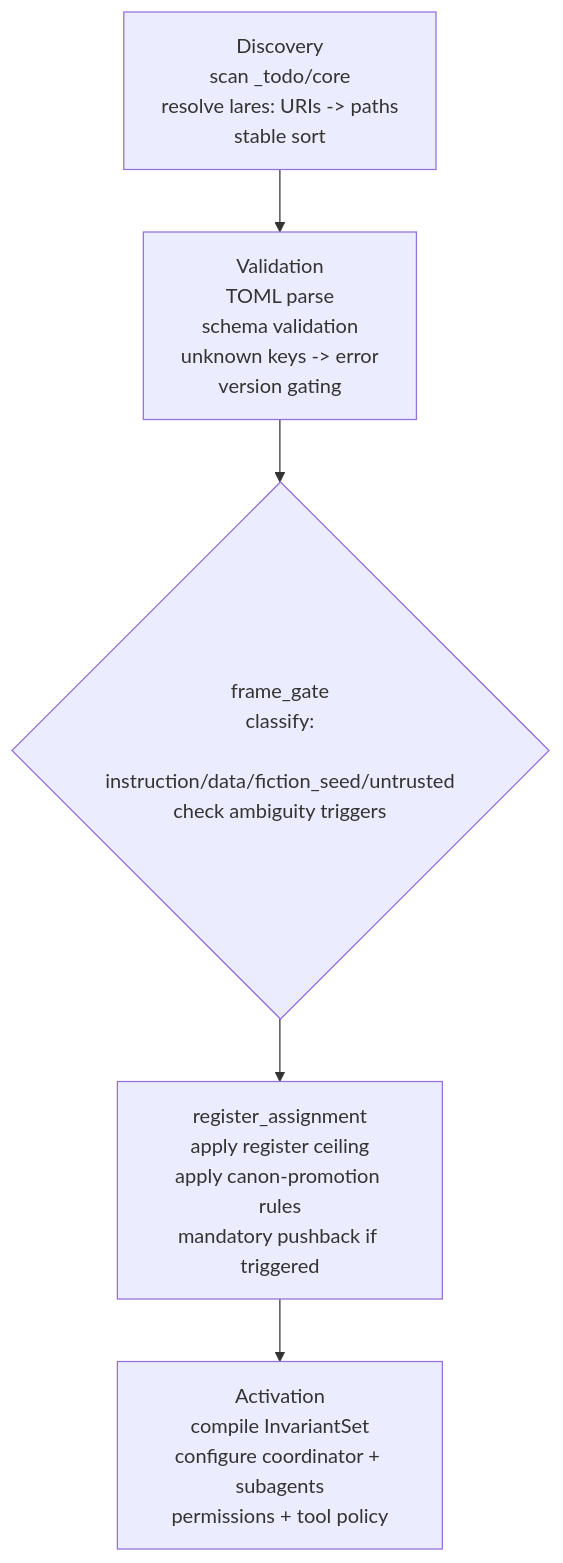
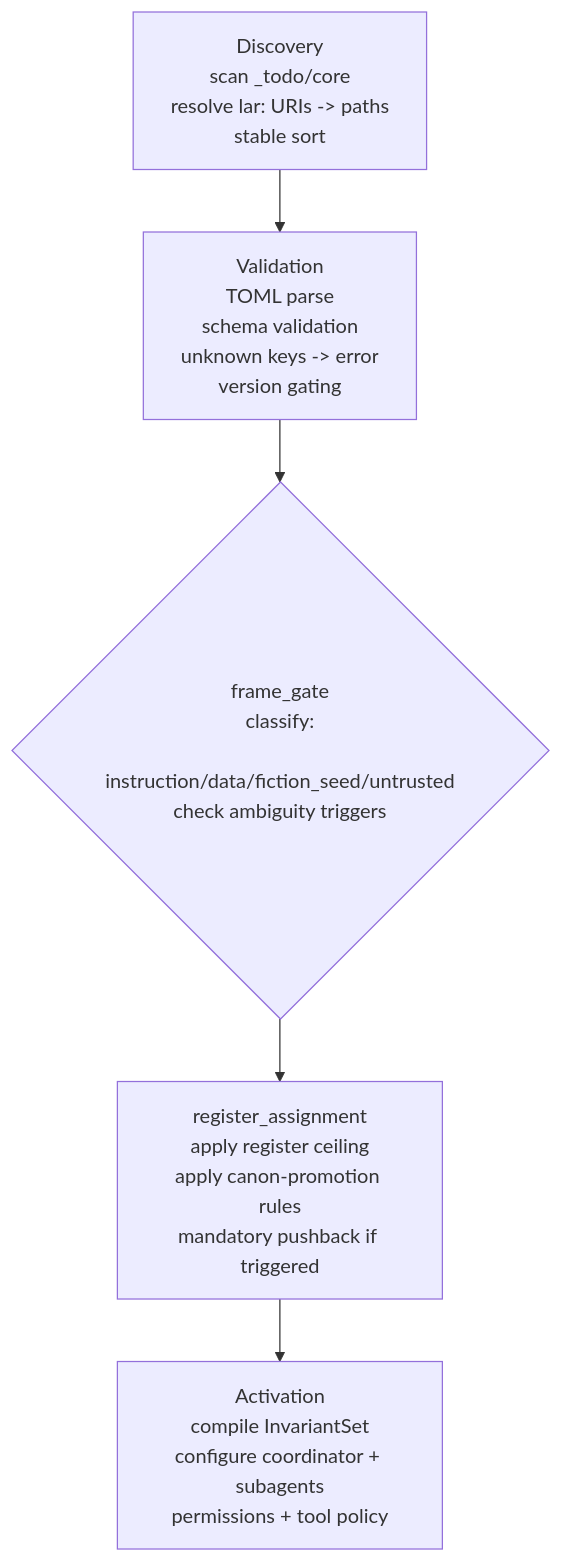
One commit to amorphous-dreams/Synthetic-Dream-Machine changed the diagram in lares/scrum/research/A_deep-research-report.md. Above: the diagram before and after it, drawn with Mermaid. The commit also changed other lines of this file and 38 other files, not shown here.

First line of the commit message:
Refactor URI schema from "lares:" to "lar:" across multiple documents and code files

````diff
--- a/lares/scrum/research/A_deep-research-report.md
+++ b/lares/scrum/research/A_deep-research-report.md
@@ -291,7 +291,7 @@
 ```mermaid
 flowchart TD
-  A[Discovery\nscan _todo/core\nresolve lares: URIs -> paths\nstable sort] --> B[Validation\nTOML parse\nschema validation\nunknown keys -> error\nversion gating]
+  A[Discovery\nscan _todo/core\nresolve lar: URIs -> paths\nstable sort] --> B[Validation\nTOML parse\nschema validation\nunknown keys -> error\nversion gating]
   B --> C{frame_gate\nclassify:\n instruction/data/fiction_seed/untrusted\ncheck ambiguity triggers}
   C --> D[register_assignment\napply register ceiling\napply canon-promotion rules\nmandatory pushback if triggered]
   D --> E[Activation\ncompile InvariantSet\nconfigure coordinator + subagents\npermissions + tool policy]
 ```
````
